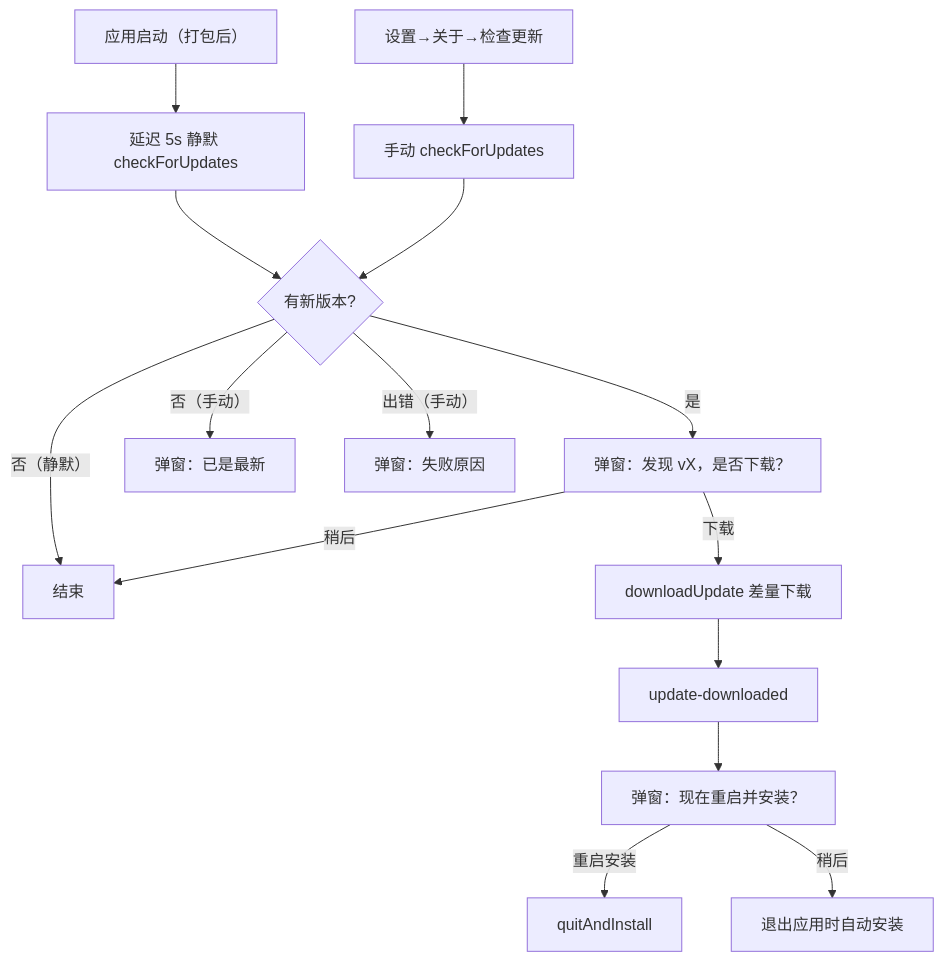
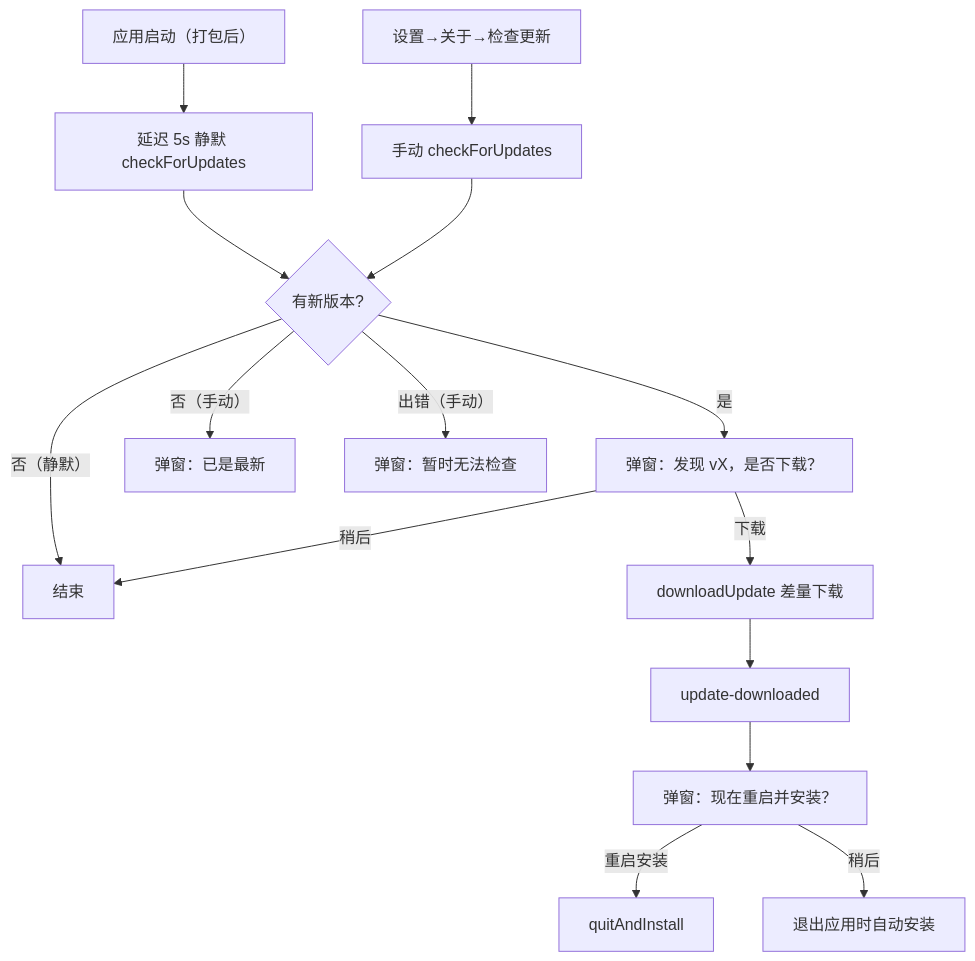
Before and after one commit to o8x/ships: the sixth of 6 diagrams in docs/PRD.md, drawn with Mermaid. The commit also changed other lines of this file and 1 other file, not shown here.

````diff
--- a/docs/PRD.md
+++ b/docs/PRD.md
@@ -517,17 +517,17 @@
 ```mermaid
 flowchart TD
   A[应用启动（打包后）] --> B[延迟 5s 静默 checkForUpdates]
   J[设置→关于→检查更新] --> K[手动 checkForUpdates]
   B --> C{有新版本?}
   K --> C
   C -- 是 --> D["弹窗：发现 vX，是否下载？"]
   C -- 否（手动） --> N[弹窗：已是最新]
   C -- 否（静默） --> Z[结束]
-  C -- 出错（手动） --> E[弹窗：失败原因]
+  C -- 出错（手动） --> E[弹窗：暂时无法检查]
   D -- 稍后 --> Z
   D -- 下载 --> F[downloadUpdate 差量下载]
   F --> G[update-downloaded]
   G --> H["弹窗：现在重启并安装？"]
   H -- 重启安装 --> I[quitAndInstall]
   H -- 稍后 --> Q[退出应用时自动安装]
 ```
````
